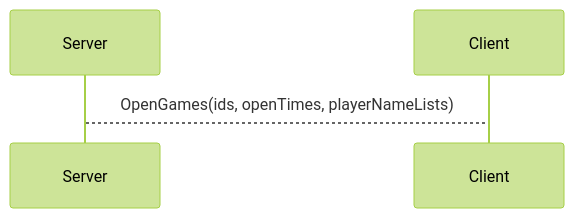
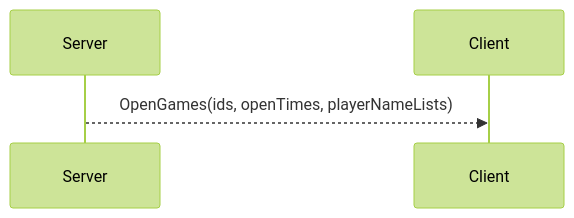
Before and after one commit to roman-zubarevich/another: the fifth of 15 diagrams in docs/LOBBY.md, drawn with Mermaid (forest theme). The commit also changed other lines of this file, not shown here.

````diff
--- a/docs/LOBBY.md
+++ b/docs/LOBBY.md
@@ -65,4 +65,4 @@
 ```mermaid
 sequenceDiagram
-    Server-->Client: OpenGames(ids, openTimes, playerNameLists)
+    Server-->>Client: OpenGames(ids, openTimes, playerNameLists)
 ```
````
